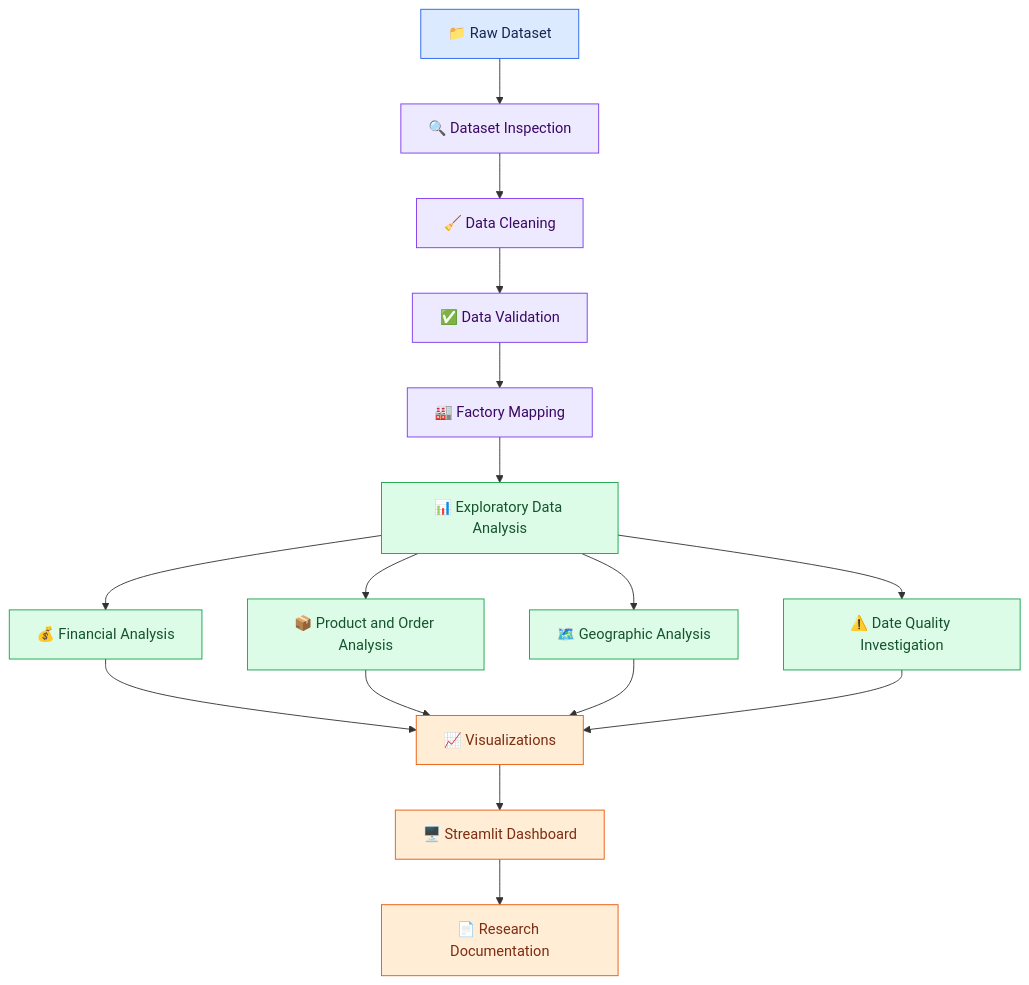
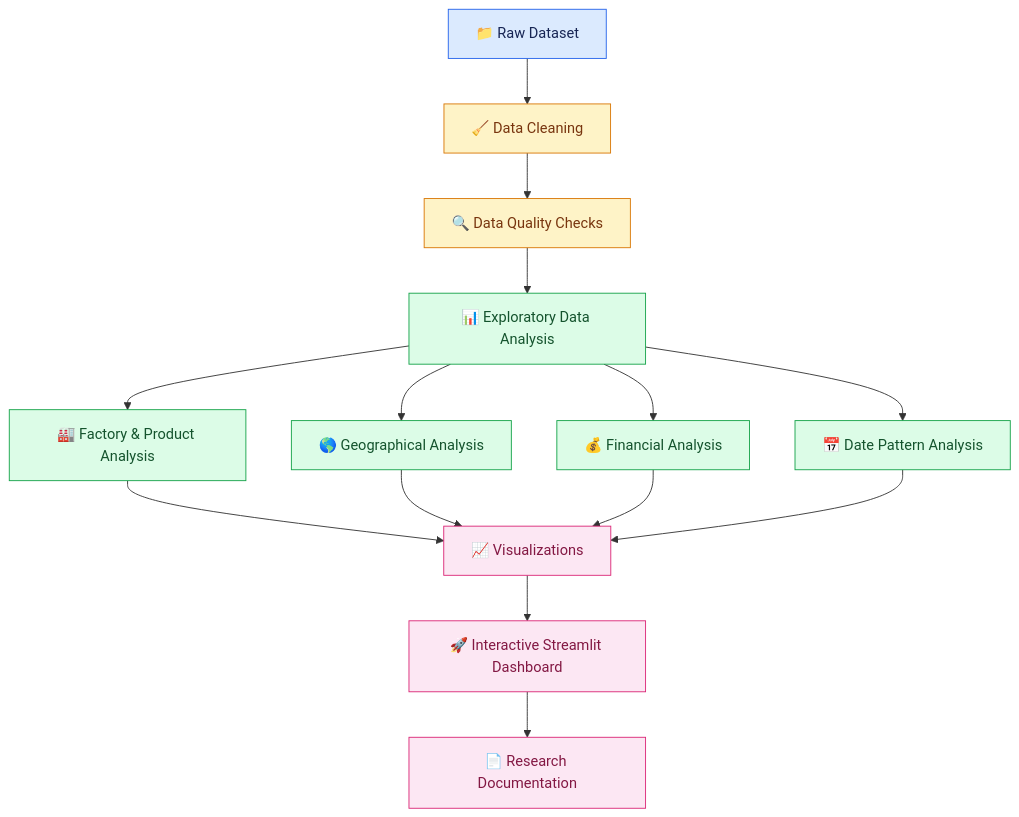
The diagram in README.md (snehassneha4578-collab/Nassau-Candy-Shipping-Analysis), drawn with Mermaid before and after one commit. The commit also changed other lines of this file, not shown here.

````diff
--- a/README.md
+++ b/README.md
@@ -352,28 +97,26 @@
 ```mermaid
 flowchart TD
-    A["📁 Raw Dataset"] --> B["🔍 Dataset Inspection"]
-    B --> C["🧹 Data Cleaning"]
-    C --> D["✅ Data Validation"]
-    D --> E["🏭 Factory Mapping"]
-    E --> F["📊 Exploratory Data Analysis"]
-    F --> G["💰 Financial Analysis"]
-    F --> H["📦 Product and Order Analysis"]
-    F --> I["🗺️ Geographic Analysis"]
-    F --> J["⚠️ Date Quality Investigation"]
-    G --> K["📈 Visualizations"]
-    H --> K
-    I --> K
-    J --> K
-    K --> L["🖥️ Streamlit Dashboard"]
-    L --> M["📄 Research Documentation"]
+    A["📁 Raw Dataset"] --> B["🧹 Data Cleaning"]
+    B --> C["🔍 Data Quality Checks"]
+    C --> D["📊 Exploratory Data Analysis"]
+    D --> E["🏭 Factory & Product Analysis"]
+    D --> F["🌎 Geographical Analysis"]
+    D --> G["💰 Financial Analysis"]
+    D --> H["📅 Date Pattern Analysis"]
+    E --> I["📈 Visualizations"]
+    F --> I
+    G --> I
+    H --> I
+    I --> J["🚀 Interactive Streamlit Dashboard"]
+    J --> K["📄 Research Documentation"]
 
     classDef source fill:#dbeafe,stroke:#2563eb,color:#172554
-    classDef process fill:#ede9fe,stroke:#7c3aed,color:#3b0764
+    classDef process fill:#fef3c7,stroke:#d97706,color:#78350f
     classDef analysis fill:#dcfce7,stroke:#16a34a,color:#14532d
-    classDef output fill:#ffedd5,stroke:#ea580c,color:#7c2d12
+    classDef output fill:#fce7f3,stroke:#db2777,color:#831843
 
     class A source
-    class B,C,D,E process
-    class F,G,H,I,J analysis
-    class K,L,M output
+    class B,C process
+    class D,E,F,G,H analysis
+    class I,J,K output
 ```
````
